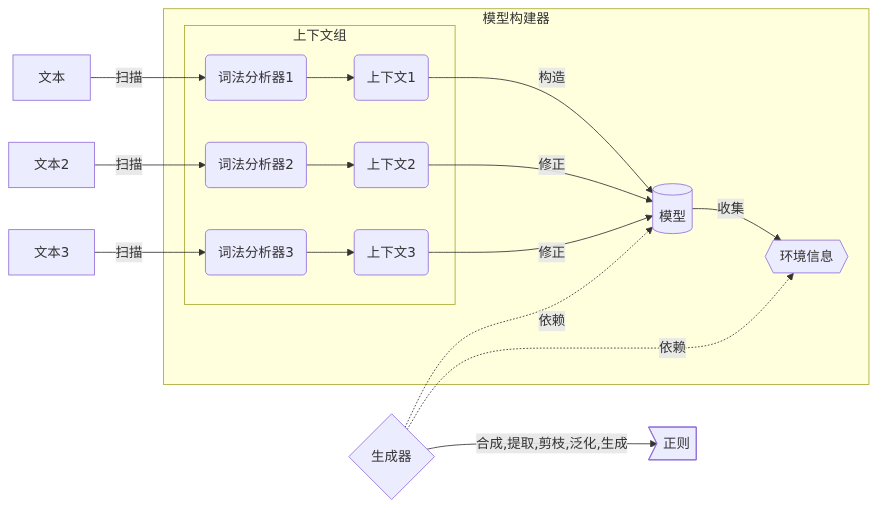
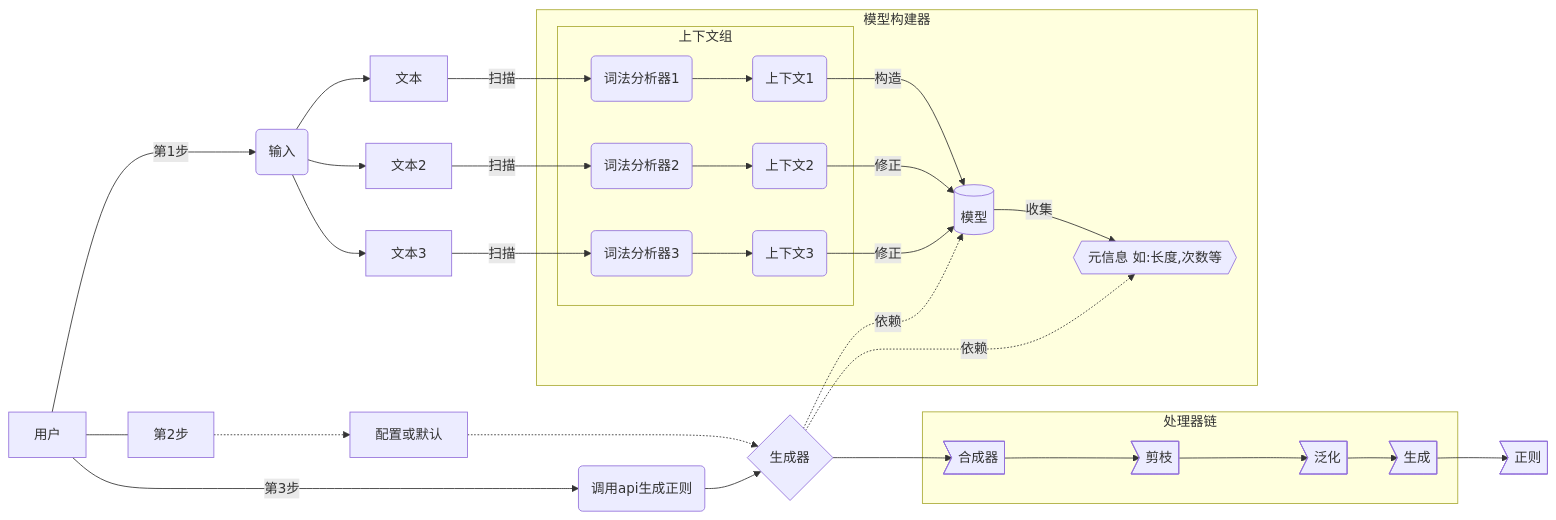
Before and after one commit to PheonixHkbxoic/regex-generator: the diagram in README.md, drawn with Mermaid. The commit also changed other lines of this file, not shown here.

Commit message:
docs: README.md

````diff
--- a/README.md
+++ b/README.md
@@ -13,27 +13,44 @@
 ```mermaid
 graph LR
     T1[文本]--扫描-->L1(词法分析器1)
     T2[文本2]--扫描-->L2(词法分析器2)
     T3[文本3]--扫描-->L3(词法分析器3)
 
 
     subgraph 模型构建器
         subgraph 上下文组
         L1-->C1(上下文1)
         L2-->C2(上下文2)
         L3-->C3(上下文3)
         end
 
         model[(模型)]    
         C1--构造-->model
         C2--修正-->model
         C3--修正-->model
 
-        model--收集-->profile{{环境信息}}
+        model--收集-->profile{{元信息 如:长度,次数等}}
 
     end
 
+
     G{生成器}-.依赖.->model
     G-.依赖.->profile
-    G--合成,提取,剪枝,泛化,生成-->regex>正则]
+    G-->merger
+    subgraph 处理器链
+    	merger>合成器]
+    	-->prune>剪枝]
+    	-->generalize>泛化]
+    	-->generate>生成]
+    end
+    generate-->regex>正则]
+    
+    用户--第1步-->input(输入)
+    input-->T1
+    input-->T2
+    input-->T3
+    
+    用户---第2步-..->GC[配置或默认]-..->G
+    用户--第3步-->api(调用api生成正则)-->G
+    
 ```
````
